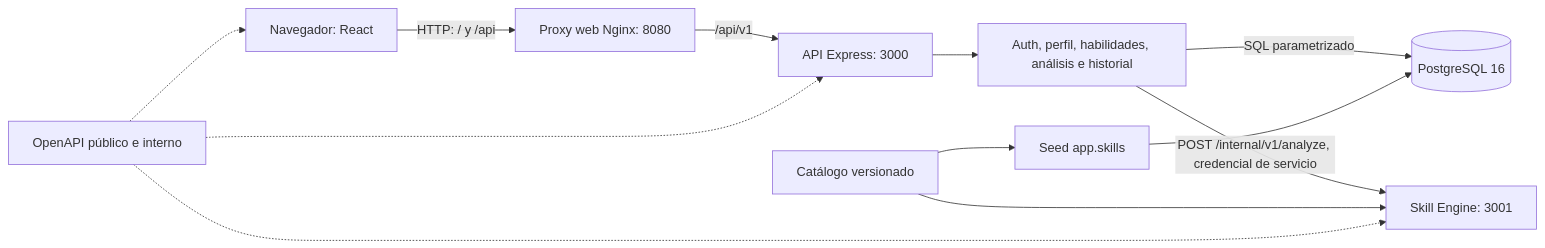
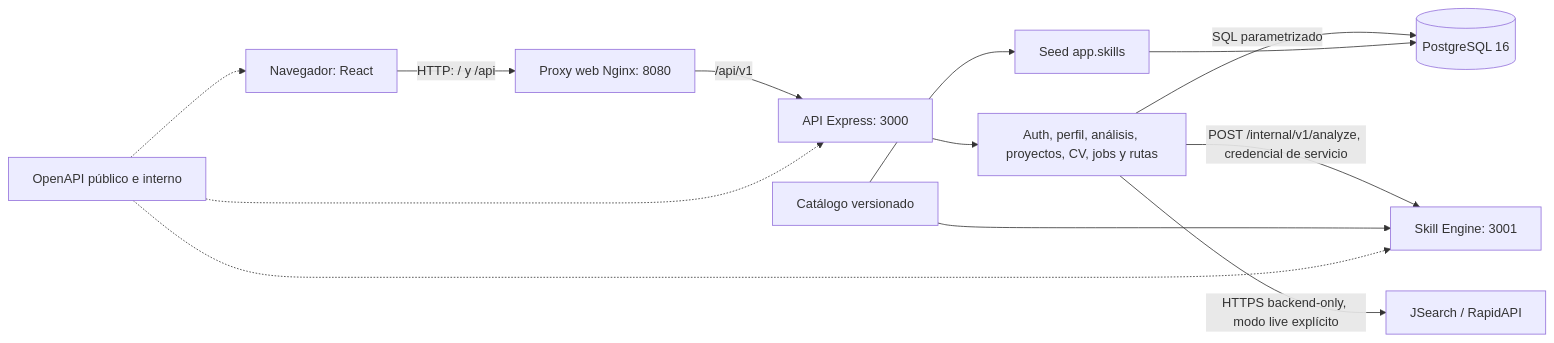
The first of 3 diagrams in docs/ARCHITECTURE.md (Om4r28xz/Dev_Path), drawn with Mermaid before and after one commit. The commit also changed other lines of this file and 10 other files, not shown here.

````diff
--- a/docs/ARCHITECTURE.md
+++ b/docs/ARCHITECTURE.md
@@ -15,13 +17,14 @@
 ```mermaid
 flowchart LR
     B["Navegador: React"] -->|"HTTP: / y /api"| P["Proxy web Nginx: 8080"]
     P -->|"/api/v1"| A["API Express: 3000"]
-    A --> U["Auth, perfil, habilidades, análisis e historial"]
+    A --> U["Auth, perfil, análisis, proyectos, CV, jobs y rutas"]
     U -->|"SQL parametrizado"| D[("PostgreSQL 16")]
     U -->|"POST /internal/v1/analyze, credencial de servicio"| E["Skill Engine: 3001"]
+    U -->|"HTTPS backend-only, modo live explícito"| J["JSearch / RapidAPI"]
     C["Catálogo versionado"] --> E
     C --> S["Seed app.skills"] --> D
     O["OpenAPI público e interno"] -.-> B
     O -.-> A
     O -.-> E
 ```
````
